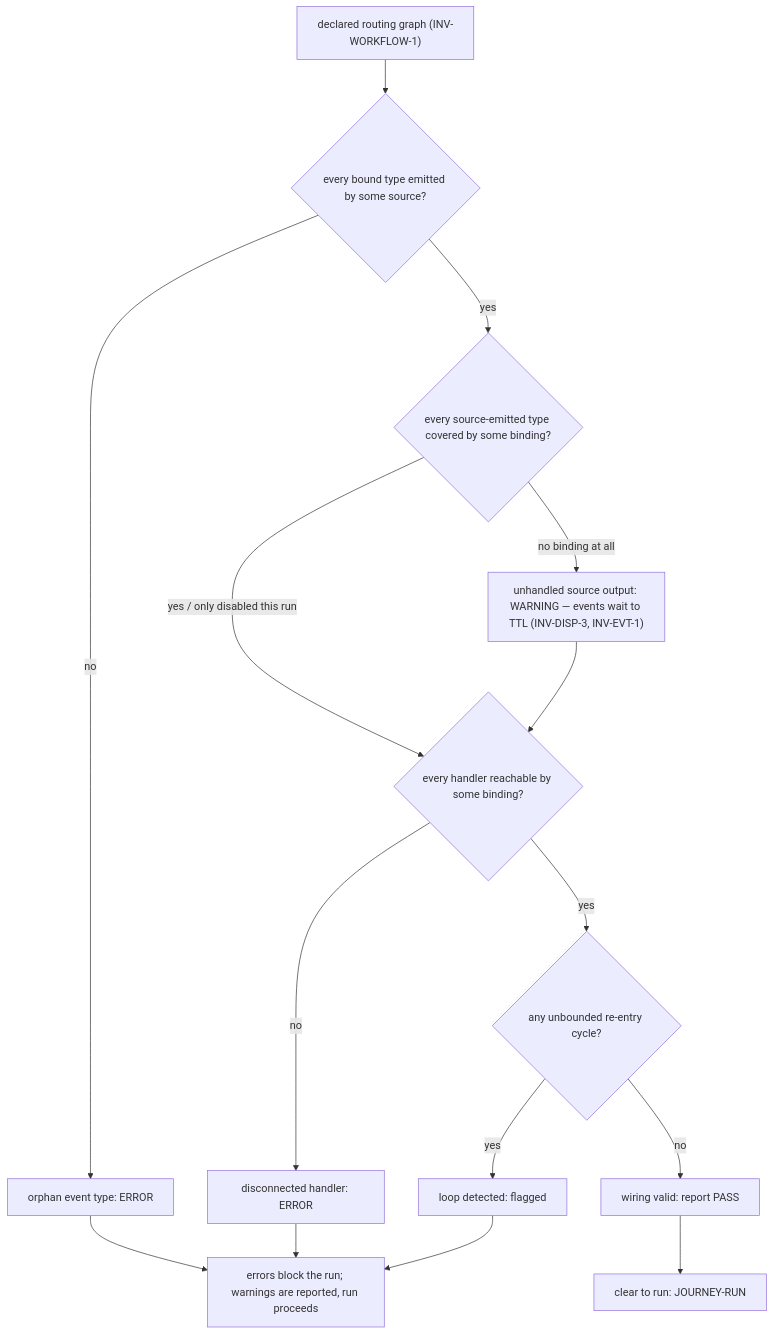
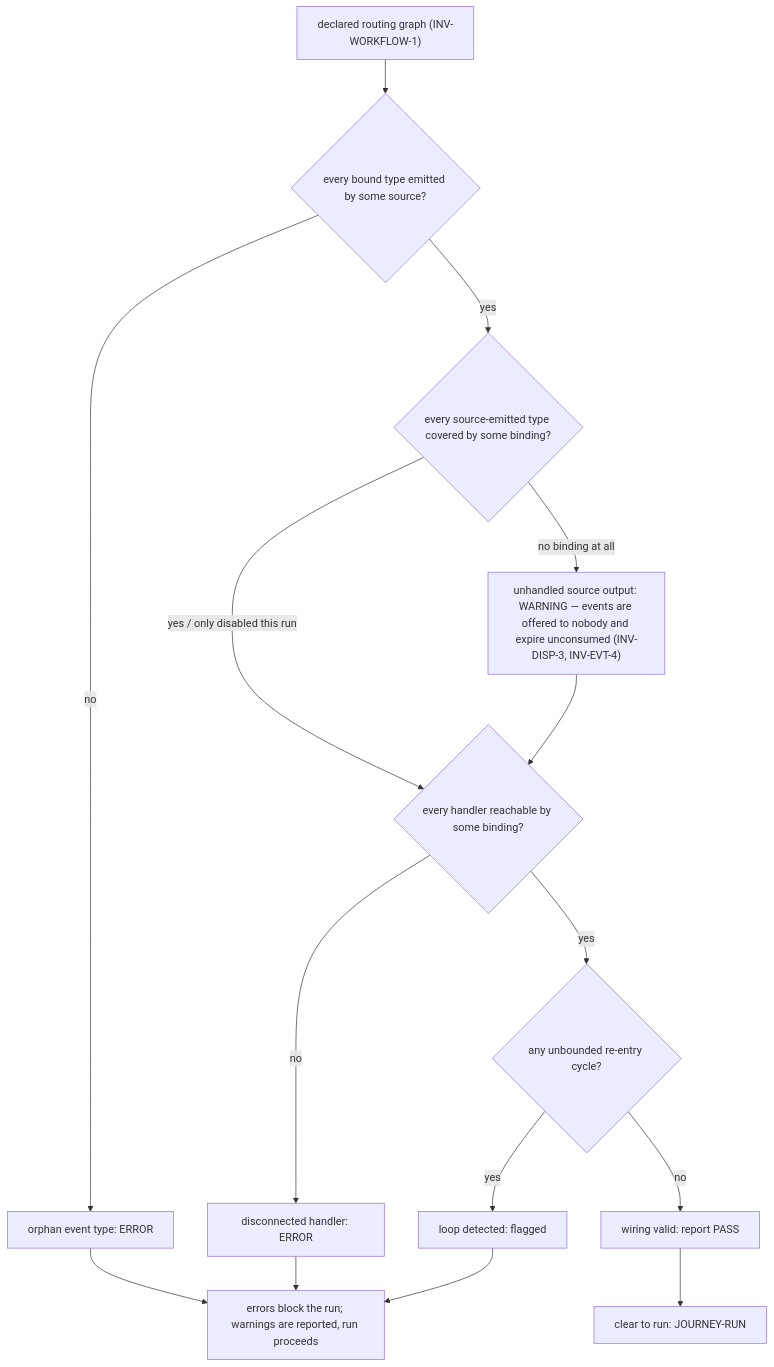
The fourth of 13 diagrams in packages/pr-pool/docs/behavior/journeys.md (phillipgreenii/nix-agent-support), drawn with Mermaid before and after one commit. The commit also changed other lines of this file and 11 other files, not shown here.

````diff
--- a/packages/pr-pool/docs/behavior/journeys.md
+++ b/packages/pr-pool/docs/behavior/journeys.md
@@ -224,17 +225,17 @@
 ```mermaid
 flowchart TD
     wf["declared routing graph (INV-WORKFLOW-1)"] --> c1{"every bound type emitted by some source?"}
     c1 -->|no| e1["orphan event type: ERROR"]
     c1 -->|yes| c2{"every source-emitted type covered by some binding?"}
-    c2 -->|"no binding at all"| w2["unhandled source output: WARNING — events wait to TTL (INV-DISP-3, INV-EVT-1)"]
+    c2 -->|"no binding at all"| w2["unhandled source output: WARNING — events are offered to nobody and expire unconsumed (INV-DISP-3, INV-EVT-4)"]
     c2 -->|"yes / only disabled this run"| c3{"every handler reachable by some binding?"}
     w2 --> c3
     c3 -->|no| e3["disconnected handler: ERROR"]
     c3 -->|yes| c4{"any unbounded re-entry cycle?"}
     c4 -->|yes| e4["loop detected: flagged"]
     c4 -->|no| ok["wiring valid: report PASS"]
     e1 --> rep["errors block the run; warnings are reported, run proceeds"]
     e3 --> rep
     e4 --> rep
     ok --> run["clear to run: JOURNEY-RUN"]
 ```
````
